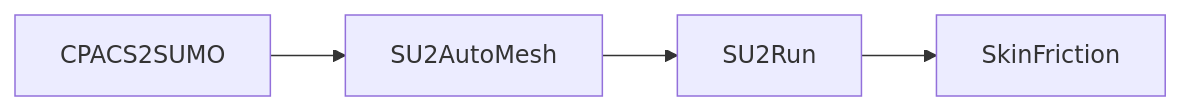
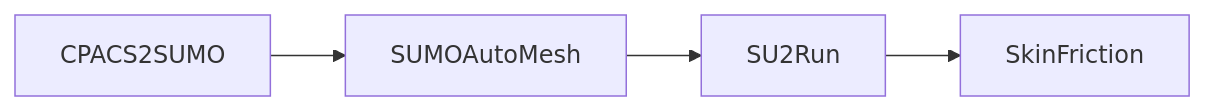
One commit to cfsengineering/CEASIOMpy changed the diagram in ceasiompy/SU2Run/README.md. Above: the diagram before and after it, drawn with Mermaid. The commit also changed 2 other files, not shown here.

````diff
--- a/ceasiompy/SU2Run/README.md
+++ b/ceasiompy/SU2Run/README.md
@@ -17,6 +17,6 @@
 ```mermaid
   graph LR;
-      CPACS2SUMO-->SU2AutoMesh;
-      SU2AutoMesh-->SU2Run;
+      CPACS2SUMO-->SUMOAutoMesh;
+      SUMOAutoMesh-->SU2Run;
       SU2Run-->SkinFriction;
 ```
````
